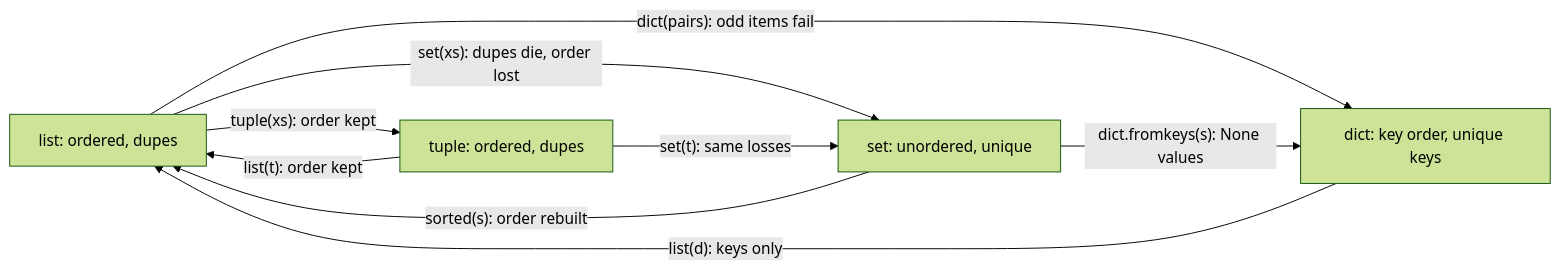
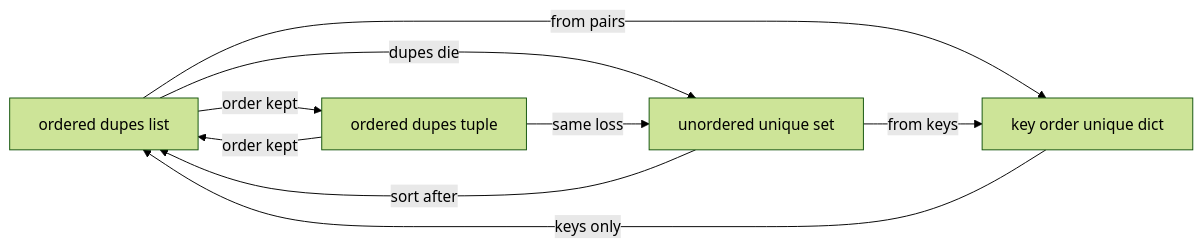
One commit to AslamNazeerShaikh/Python-Material changed the third of 4 diagrams in docs/learning/13-collections.md. Above: the diagram before and after it, drawn with Mermaid (forest theme). The commit also changed other lines of this file and 16 other files, not shown here.

Commit message:
docs(learning): rebuild all mermaid in safe subset

````diff
--- a/docs/learning/13-collections.md
+++ b/docs/learning/13-collections.md
@@ -356,15 +363,15 @@
 ```mermaid
 flowchart LR
-    L["list: ordered, dupes"]
-    T["tuple: ordered, dupes"]
-    S["set: unordered, unique"]
-    D["dict: key order, unique keys"]
-    L -->|"tuple(xs): order kept"| T
-    T -->|"list(t): order kept"| L
-    L -->|"set(xs): dupes die, order lost"| S
-    S -->|"sorted(s): order rebuilt"| L
-    T -->|"set(t): same losses"| S
-    D -->|"list(d): keys only"| L
-    L -->|"dict(pairs): odd items fail"| D
-    S -->|"dict.fromkeys(s): None values"| D
+    L[ordered dupes list]
+    T[ordered dupes tuple]
+    S[unordered unique set]
+    D[key order unique dict]
+    L -->|order kept| T
+    T -->|order kept| L
+    L -->|dupes die| S
+    S -->|sort after| L
+    T -->|same loss| S
+    D -->|keys only| L
+    L -->|from pairs| D
+    S -->|from keys| D
 ```
````
